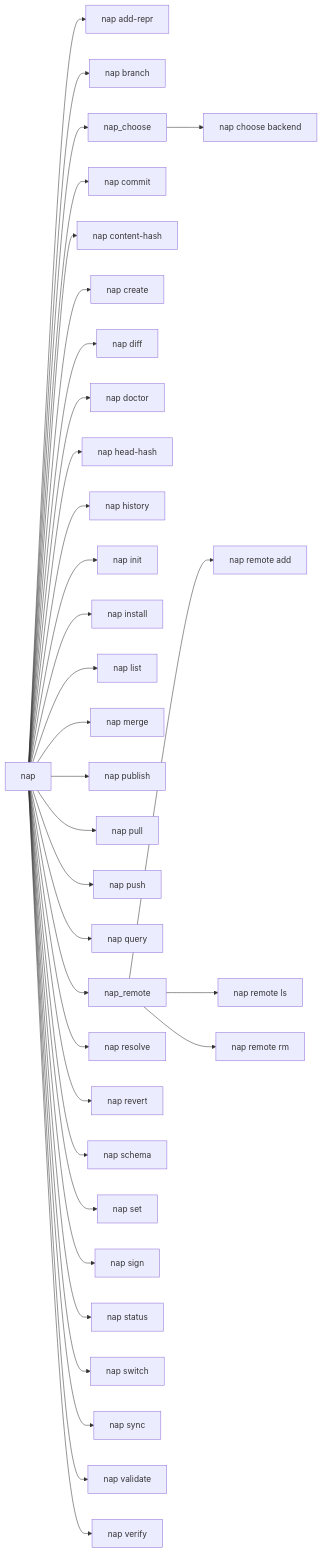
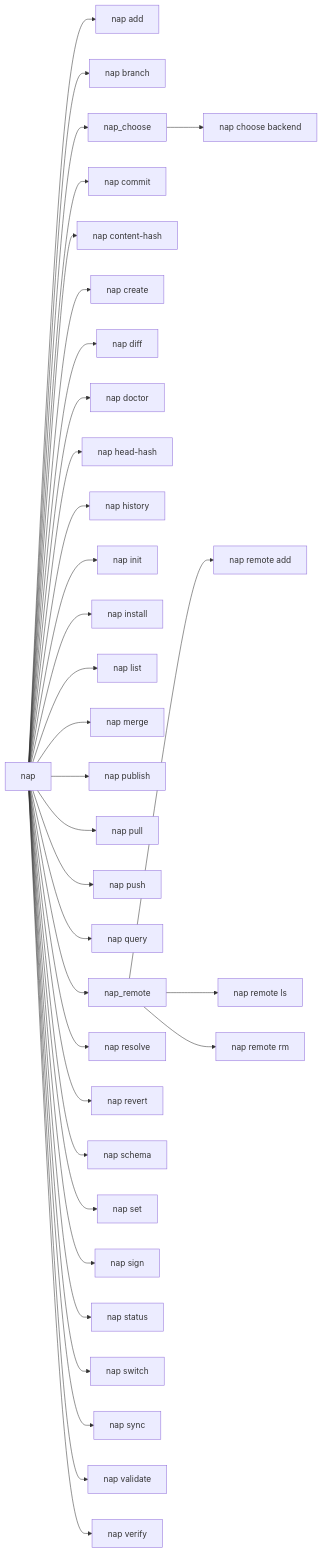
One commit to portalshq/narrativeengine changed the diagram in docs/generated/commands.mermaid. Above: the diagram before and after it, drawn with Mermaid. The commit also changed 22 other files, not shown here.

```diff
--- a/docs/generated/commands.mermaid
+++ b/docs/generated/commands.mermaid
@@ -1,34 +1,34 @@
 graph LR
-    nap["nap"] --> nap_add-repr["nap add-repr"]
+    nap["nap"] --> nap_add["nap add"]
     nap["nap"] --> nap_branch["nap branch"]
     nap["nap"] --> nap_choose["nap choose"]
     nap_choose["nap_choose"] --> nap_choose_backend["nap choose backend"]
     nap["nap"] --> nap_commit["nap commit"]
     nap["nap"] --> nap_content-hash["nap content-hash"]
     nap["nap"] --> nap_create["nap create"]
     nap["nap"] --> nap_diff["nap diff"]
     nap["nap"] --> nap_doctor["nap doctor"]
     nap["nap"] --> nap_head-hash["nap head-hash"]
     nap["nap"] --> nap_history["nap history"]
     nap["nap"] --> nap_init["nap init"]
     nap["nap"] --> nap_install["nap install"]
     nap["nap"] --> nap_list["nap list"]
     nap["nap"] --> nap_merge["nap merge"]
     nap["nap"] --> nap_publish["nap publish"]
     nap["nap"] --> nap_pull["nap pull"]
     nap["nap"] --> nap_push["nap push"]
     nap["nap"] --> nap_query["nap query"]
     nap["nap"] --> nap_remote["nap remote"]
     nap_remote["nap_remote"] --> nap_remote_add["nap remote add"]
     nap_remote["nap_remote"] --> nap_remote_ls["nap remote ls"]
     nap_remote["nap_remote"] --> nap_remote_rm["nap remote rm"]
     nap["nap"] --> nap_resolve["nap resolve"]
     nap["nap"] --> nap_revert["nap revert"]
     nap["nap"] --> nap_schema["nap schema"]
     nap["nap"] --> nap_set["nap set"]
     nap["nap"] --> nap_sign["nap sign"]
     nap["nap"] --> nap_status["nap status"]
     nap["nap"] --> nap_switch["nap switch"]
     nap["nap"] --> nap_sync["nap sync"]
     nap["nap"] --> nap_validate["nap validate"]
     nap["nap"] --> nap_verify["nap verify"]
```
